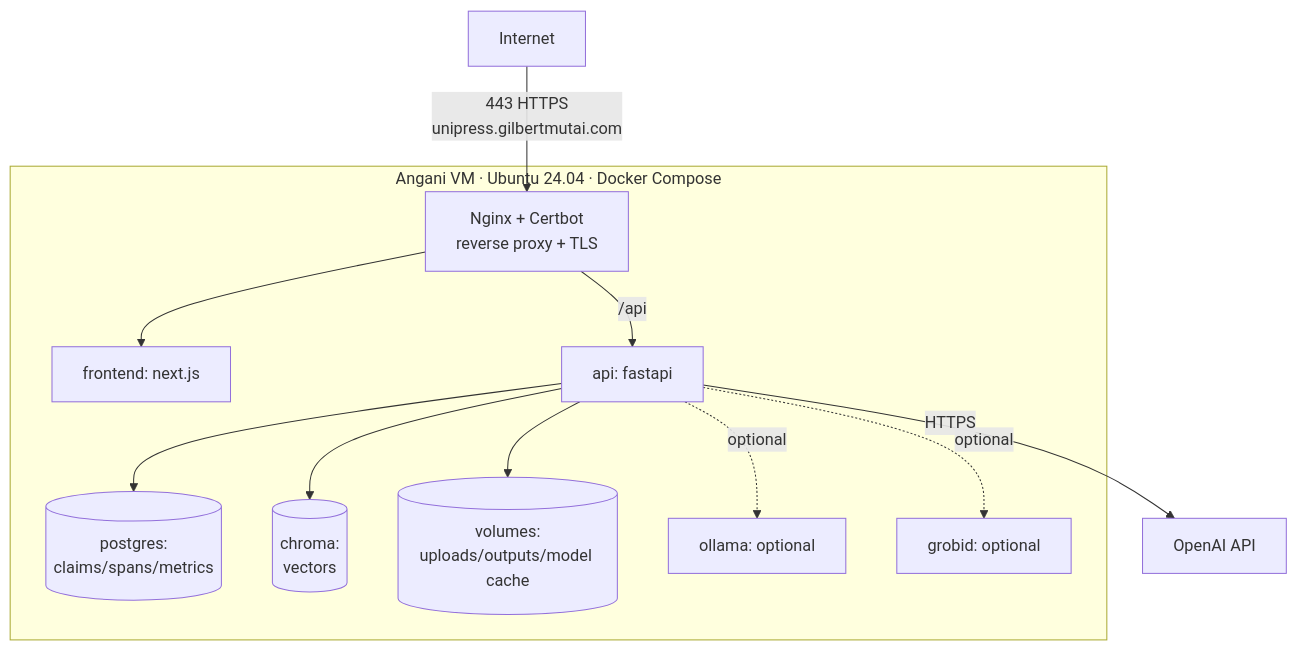
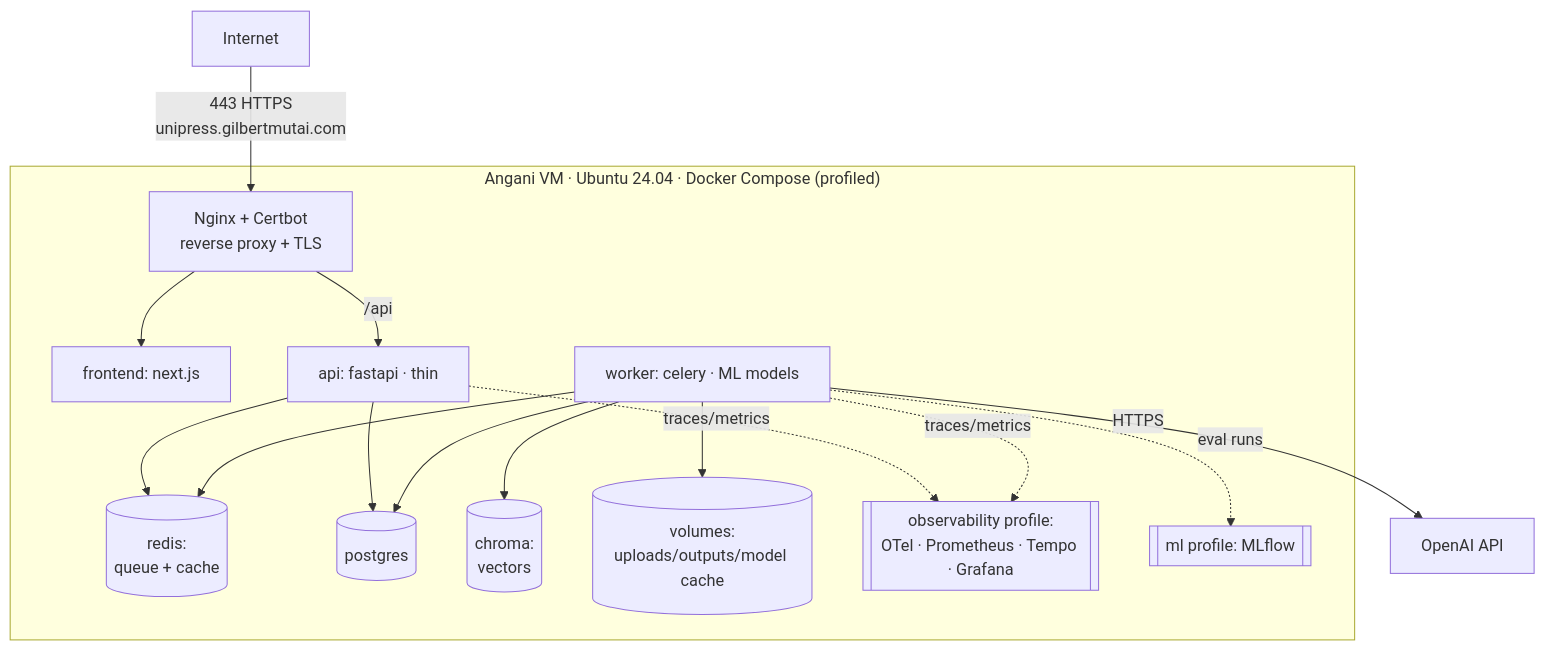
Before and after one commit to gilbert-mutai/unipress-de: the fourth of 4 diagrams in docs/02-architecture.md, drawn with Mermaid. The commit also changed other lines of this file and 1 other file, not shown here.

````diff
--- a/docs/02-architecture.md
+++ b/docs/02-architecture.md
@@ -221,16 +233,20 @@
 ```mermaid
 flowchart TD
     NET[Internet] -->|443 HTTPS<br/>unipress.gilbertmutai.com| NGINX[Nginx + Certbot<br/>reverse proxy + TLS]
-    subgraph VM["Angani VM · Ubuntu 24.04 · Docker Compose"]
+    subgraph VM["Angani VM · Ubuntu 24.04 · Docker Compose (profiled)"]
         NGINX --> FEc[frontend: next.js]
-        NGINX -->|/api| APIc[api: fastapi]
-        APIc --> DBc[(postgres:<br/>claims/spans/metrics)]
-        APIc --> CHc[(chroma:<br/>vectors)]
-        APIc --> VOL[(volumes:<br/>uploads/outputs/model cache)]
-        OLc[ollama: optional]
-        GRc[grobid: optional]
-        APIc -. optional .-> OLc
-        APIc -. optional .-> GRc
+        NGINX -->|/api| APIc[api: fastapi · thin]
+        APIc --> REDc[(redis:<br/>queue + cache)]
+        APIc --> DBc[(postgres)]
+        WKc[worker: celery · ML models] --> REDc
+        WKc --> DBc
+        WKc --> CHc[(chroma:<br/>vectors)]
+        WKc --> VOL[(volumes:<br/>uploads/outputs/model cache)]
+        OBSc[[observability profile:<br/>OTel · Prometheus · Tempo · Grafana]]
+        MLc[[ml profile: MLflow]]
+        APIc -. traces/metrics .-> OBSc
+        WKc -. traces/metrics .-> OBSc
+        WKc -. eval runs .-> MLc
     end
-    APIc -->|HTTPS| EXT[OpenAI API]
+    WKc -->|HTTPS| EXT[OpenAI API]
 ```
````
